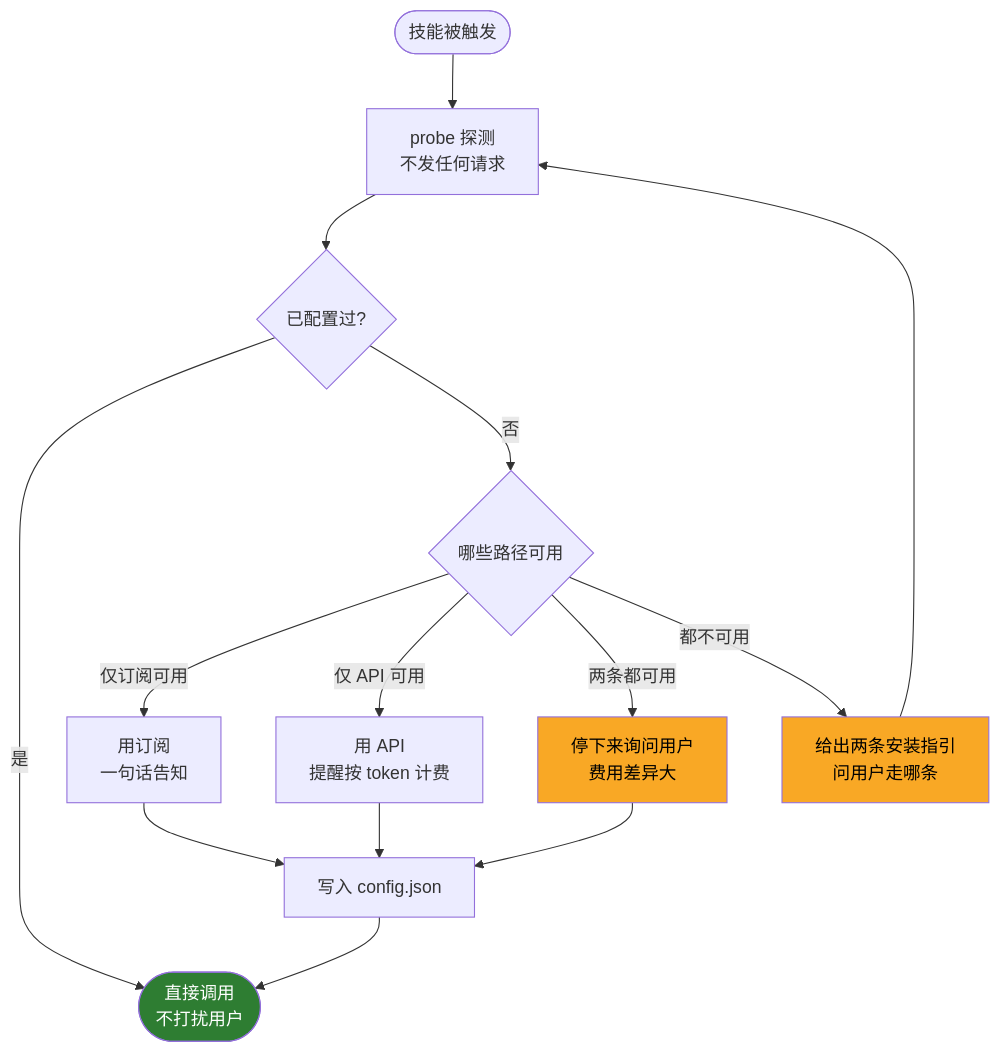
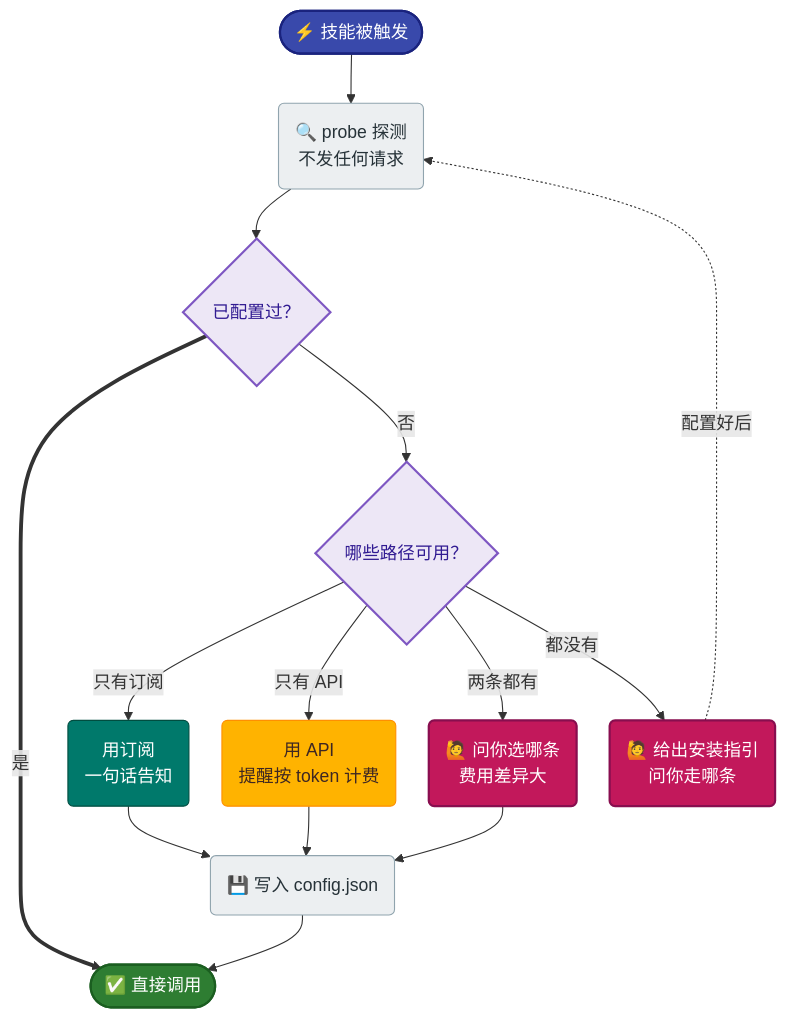
One commit to Stefansong/ask-gpt changed the second of 3 diagrams in README.md. Above: the diagram before and after it, drawn with Mermaid. The commit also changed other lines of this file, not shown here.

First line of the commit message:
docs: 重新设计 README 中的三张 Mermaid 图

````diff
--- a/README.md
+++ b/README.md
@@ -111,20 +119,31 @@
 ```mermaid
+%%{init: {"flowchart": {"curve": "basis", "nodeSpacing": 30, "rankSpacing": 45}}}%%
 flowchart TD
-    A(["技能被触发"]) --> B["probe 探测<br/>不发任何请求"]
-    B --> C{"已配置过?"}
-    C -->|是| Z(["直接调用<br/>不打扰用户"])
-    C -->|否| D{"哪些路径可用"}
-    D -->|仅订阅可用| E["用订阅<br/>一句话告知"]
-    D -->|仅 API 可用| F["用 API<br/>提醒按 token 计费"]
-    D -->|两条都可用| G["停下来询问用户<br/>费用差异大"]
-    D -->|都不可用| H["给出两条安装指引<br/>问用户走哪条"]
-    E --> J["写入 config.json"]
-    F --> J
-    G --> J
+    A(["⚡ 技能被触发"]) --> B("🔍 probe 探测<br/>不发任何请求")
+    B --> C{"已配置过？"}
+    C ==>|是| Z(["✅ 直接调用"])
+    C -->|否| D{"哪些路径可用？"}
+    D -->|只有订阅| E("用订阅<br/>一句话告知")
+    D -->|只有 API| F("用 API<br/>提醒按 token 计费")
+    D -->|两条都有| G("🙋 问你选哪条<br/>费用差异大")
+    D -->|都没有| H("🙋 给出安装指引<br/>问你走哪条")
+    E & F & G --> J("💾 写入 config.json")
     J --> Z
-    H --> B
+    H -.->|配置好后| B
 
-    style G fill:#f9a825,color:#000
-    style H fill:#f9a825,color:#000
-    style Z fill:#2e7d32,color:#fff
+    classDef entry  fill:#3949ab,stroke:#1a237e,color:#fff,stroke-width:2px
+    classDef step   fill:#eceff1,stroke:#90a4ae,color:#263238
+    classDef decide fill:#ede7f6,stroke:#7e57c2,color:#311b92,stroke-width:2px
+    classDef sub    fill:#00796b,stroke:#004d40,color:#fff
+    classDef api    fill:#ffb300,stroke:#ff8f00,color:#3e2723
+    classDef user   fill:#c2185b,stroke:#880e4f,color:#fff,stroke-width:2px
+    classDef done   fill:#2e7d32,stroke:#1b5e20,color:#fff,stroke-width:2px
+
+    class A entry
+    class B,J step
+    class C,D decide
+    class E sub
+    class F api
+    class G,H user
+    class Z done
 ```
````
